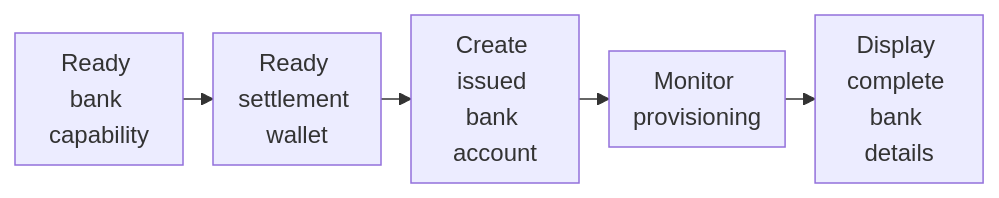
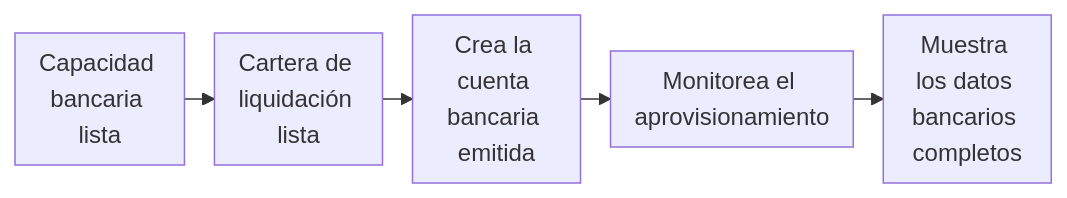
The diagram in es/integration/issue-bank-account.mdx (swipelux/public-docs), drawn with Mermaid before and after one commit. The commit also changed other lines of this file and 285 other files, not shown here.

````diff
--- a/es/integration/issue-bank-account.mdx
+++ b/es/integration/issue-bank-account.mdx
@@ -8,8 +8,8 @@
 ```mermaid
 %%{init: {"flowchart": {"rankSpacing": 20, "nodeSpacing": 16, "wrappingWidth": 80, "padding": 8}}}%%
 flowchart LR
-  A["Ready bank capability"] --> B["Ready settlement wallet"]
-  B --> C["Create issued bank account"]
-  C --> D["Monitor provisioning"]
-  D --> E["Display complete bank details"]
+  A["Capacidad bancaria lista"] --> B["Cartera de liquidación lista"]
+  B --> C["Crea la cuenta bancaria emitida"]
+  C --> D["Monitorea el aprovisionamiento"]
+  D --> E["Muestra los datos bancarios completos"]
 ```
````
